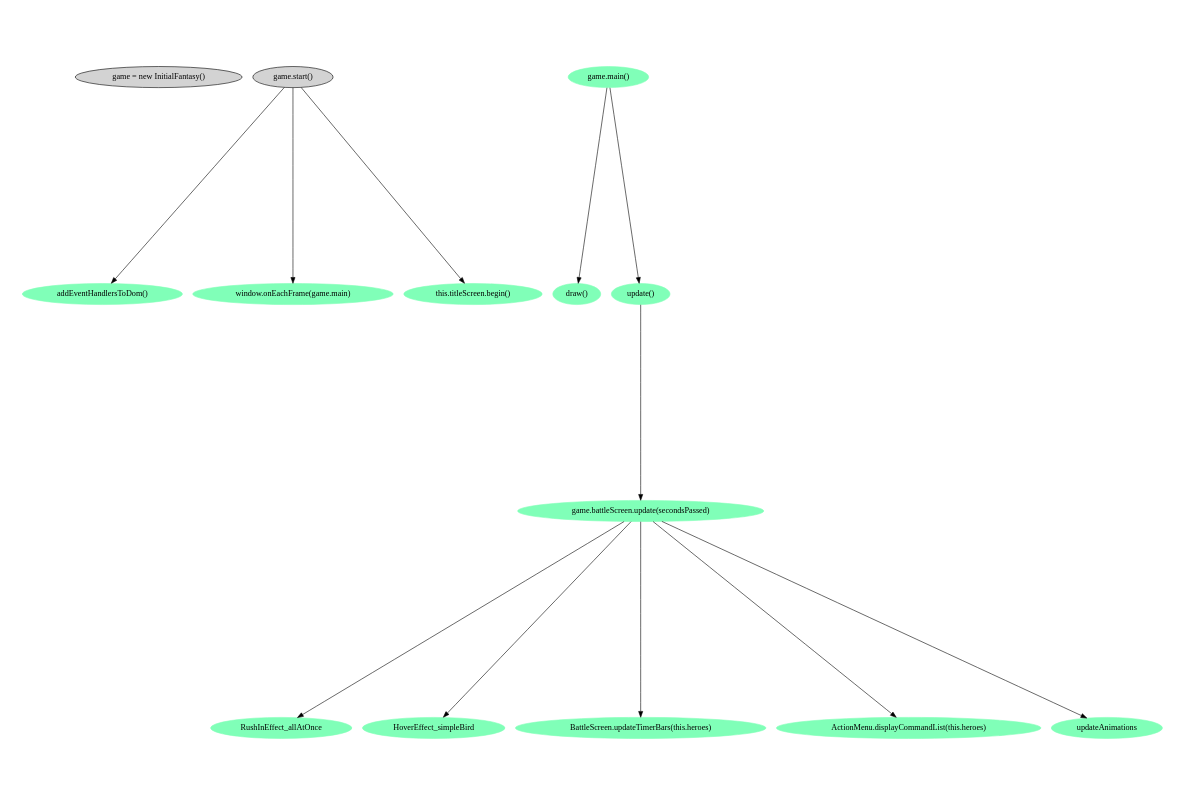
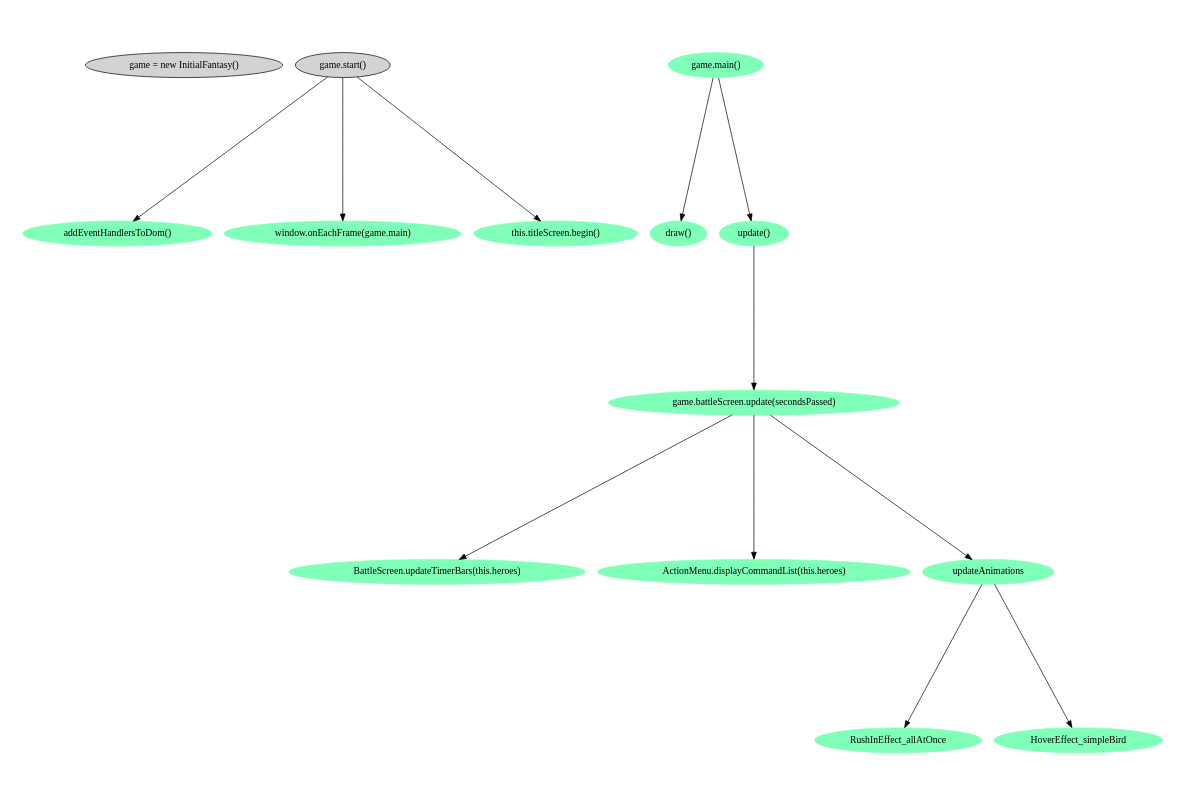
The diagram in doc/overview.gv (TheNotary/initial_fantasy), drawn with Graphviz before and after one commit. The commit also changed 3 other files, not shown here.

```diff
--- a/doc/overview.gv
+++ b/doc/overview.gv
@@ -1,26 +1,28 @@
 # dot -Tsvg overview.gv >overview.svg
 
 digraph prof {
 	size="6,4"; ratio = fill;
 	node [style=filled];
 	"game = new InitialFantasy()"
 	"game.start()" -> "addEventHandlersToDom()";
 	"game.start()" -> "window.onEachFrame(game.main)";
 	"game.start()" -> "this.titleScreen.begin()";
 	
 	
 "addEventHandlersToDom()" [color="0.408 0.498 1.000"];
 "window.onEachFrame(game.main)" [color="0.408 0.498 1.000"];
 "this.titleScreen.begin()" [color="0.408 0.498 1.000"];
 
   node [style=filled color="0.408 0.498 1.000"];
   "game.main()" -> "draw()"
   "game.main()" -> "update()"
   
   "update()" -> "game.battleScreen.update(secondsPassed)"
-  "game.battleScreen.update(secondsPassed)" -> "RushInEffect_allAtOnce"
-  "game.battleScreen.update(secondsPassed)" -> "HoverEffect_simpleBird"
+  
   "game.battleScreen.update(secondsPassed)" -> "BattleScreen.updateTimerBars(this.heroes)"
   "game.battleScreen.update(secondsPassed)" -> "ActionMenu.displayCommandList(this.heroes)"
   "game.battleScreen.update(secondsPassed)" -> "updateAnimations"
+  
+  "updateAnimations" -> "RushInEffect_allAtOnce"
+  "updateAnimations" -> "HoverEffect_simpleBird"
 }
```
